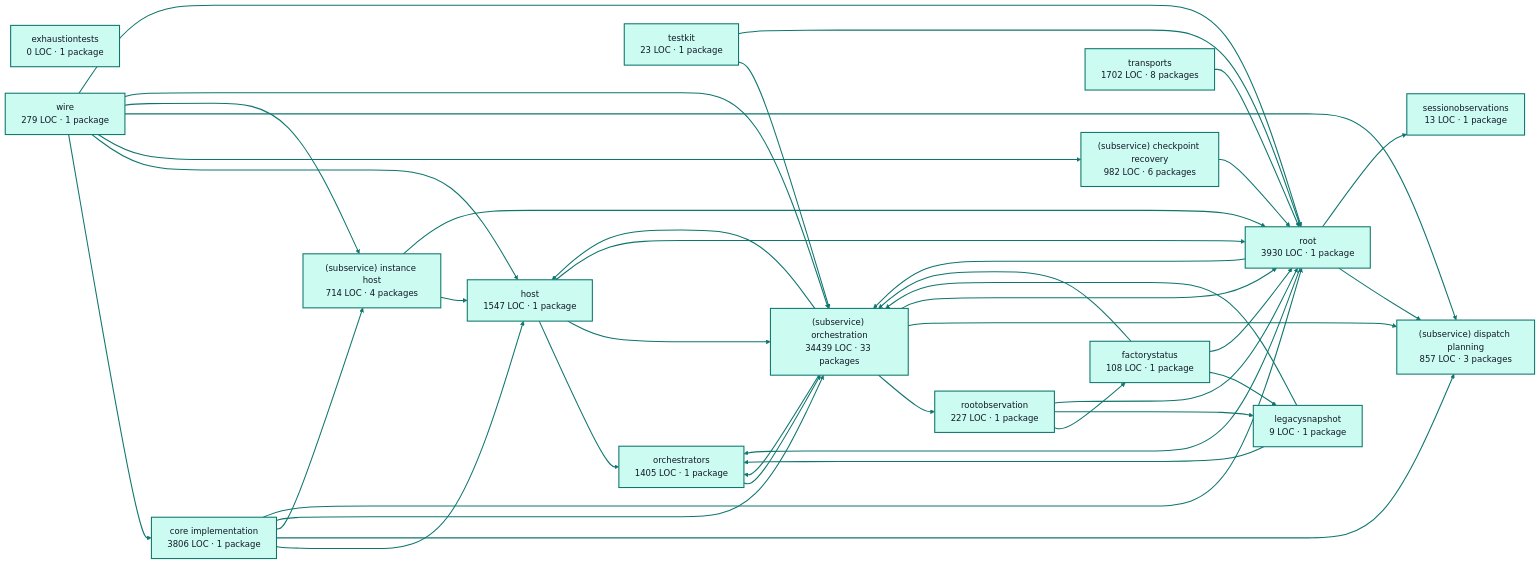
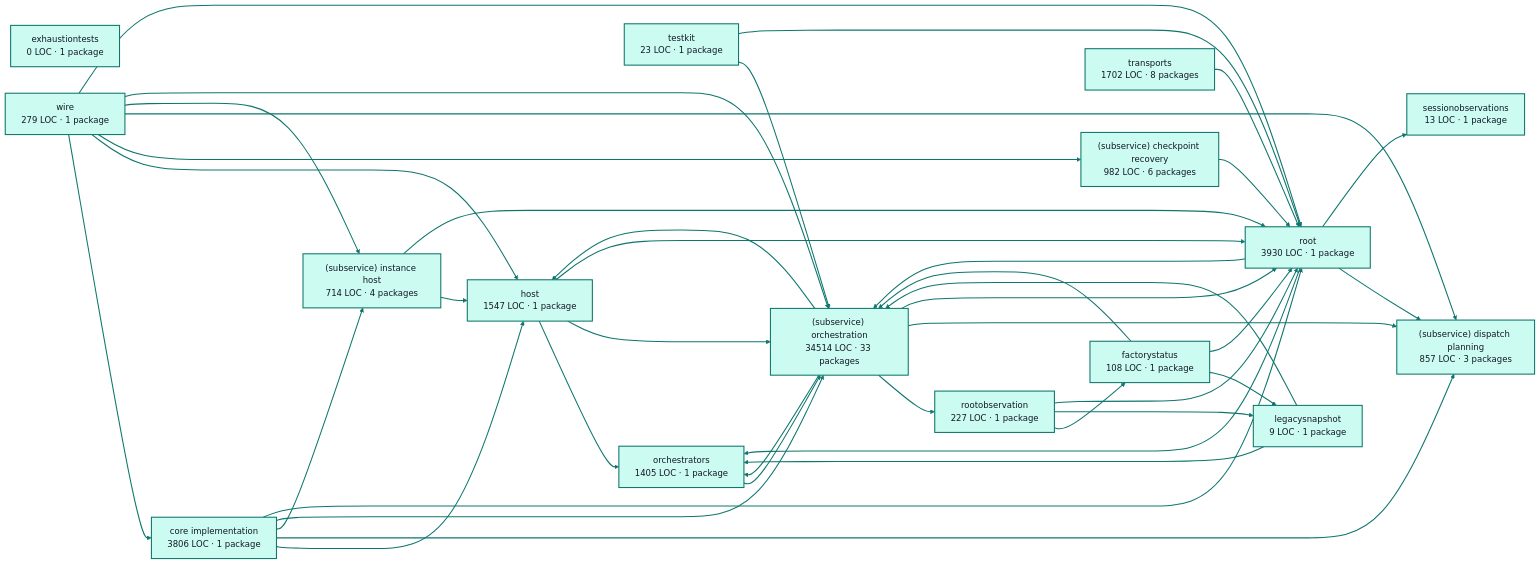
One commit to portpowered/you-agent-factory changed the diagram in docs/architecture/visualizations/services/factory_runtime.md. Above: the diagram before and after it, drawn with Mermaid (forest theme). The commit also changed other lines of this file and 20 other files, not shown here.

Commit message:
docs: refresh backend architecture visualizations

````diff
--- a/docs/architecture/visualizations/services/factory_runtime.md
+++ b/docs/architecture/visualizations/services/factory_runtime.md
@@ -11,75 +11,75 @@
 ```mermaid
 flowchart LR
   p0["core implementation<br/>3806 LOC · 1 package"]
   p1["exhaustiontests<br/>0 LOC · 1 package"]
   p2["factorystatus<br/>108 LOC · 1 package"]
   p3["host<br/>1547 LOC · 1 package"]
   p4["legacysnapshot<br/>9 LOC · 1 package"]
   p5["orchestrators<br/>1405 LOC · 1 package"]
   p6["rootobservation<br/>227 LOC · 1 package"]
   p7["(subservice) checkpoint recovery<br/>982 LOC · 6 packages"]
   p8["(subservice) dispatch planning<br/>857 LOC · 3 packages"]
   p9["(subservice) instance host<br/>714 LOC · 4 packages"]
-  p10["(subservice) orchestration<br/>34439 LOC · 33 packages"]
+  p10["(subservice) orchestration<br/>34514 LOC · 33 packages"]
   p11["sessionobservations<br/>13 LOC · 1 package"]
   p12["testkit<br/>23 LOC · 1 package"]
   p13["root<br/>3930 LOC · 1 package"]
   p14["transports<br/>1702 LOC · 8 packages"]
   p15["wire<br/>279 LOC · 1 package"]
   p0 --> p3
   p0 --> p8
   p0 --> p9
   p0 --> p10
   p0 --> p13
   p2 --> p4
   p2 --> p10
   p2 --> p13
   p3 --> p5
   p3 --> p10
   p3 --> p13
   p4 --> p5
   p4 --> p10
   p5 --> p10
   p6 --> p2
   p6 --> p4
   p6 --> p13
   p7 --> p13
   p9 --> p3
   p9 --> p13
   p10 --> p3
   p10 --> p5
   p10 --> p6
   p10 --> p8
   p10 --> p13
   p12 --> p10
   p12 --> p13
   p13 --> p5
   p13 --> p8
   p13 --> p10
   p13 --> p11
   p14 --> p13
   p15 --> p0
   p15 --> p3
   p15 --> p7
   p15 --> p8
   p15 --> p9
   p15 --> p10
   p15 --> p13
   style p0 fill:#ccfbf1,stroke:#0f766e,stroke-width:2px,color:#111827
   style p1 fill:#ccfbf1,stroke:#0f766e,stroke-width:2px,color:#111827
   style p2 fill:#ccfbf1,stroke:#0f766e,stroke-width:2px,color:#111827
   style p3 fill:#ccfbf1,stroke:#0f766e,stroke-width:2px,color:#111827
   style p4 fill:#ccfbf1,stroke:#0f766e,stroke-width:2px,color:#111827
   style p5 fill:#ccfbf1,stroke:#0f766e,stroke-width:2px,color:#111827
   style p6 fill:#ccfbf1,stroke:#0f766e,stroke-width:2px,color:#111827
   style p7 fill:#ccfbf1,stroke:#0f766e,stroke-width:2px,color:#111827
   style p8 fill:#ccfbf1,stroke:#0f766e,stroke-width:2px,color:#111827
   style p9 fill:#ccfbf1,stroke:#0f766e,stroke-width:2px,color:#111827
   style p10 fill:#ccfbf1,stroke:#0f766e,stroke-width:2px,color:#111827
   style p11 fill:#ccfbf1,stroke:#0f766e,stroke-width:2px,color:#111827
   style p12 fill:#ccfbf1,stroke:#0f766e,stroke-width:2px,color:#111827
   style p13 fill:#ccfbf1,stroke:#0f766e,stroke-width:2px,color:#111827
   style p14 fill:#ccfbf1,stroke:#0f766e,stroke-width:2px,color:#111827
   style p15 fill:#ccfbf1,stroke:#0f766e,stroke-width:2px,color:#111827
   linkStyle default stroke:#0f766e,stroke-width:2px
 ```
````
